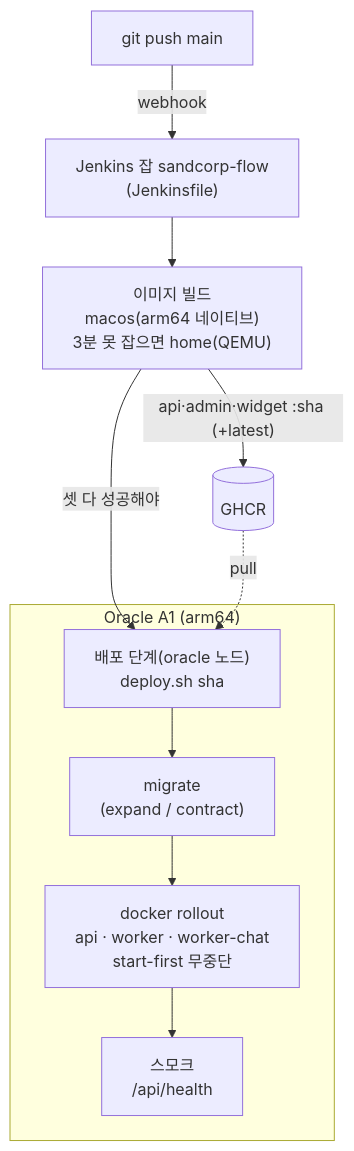
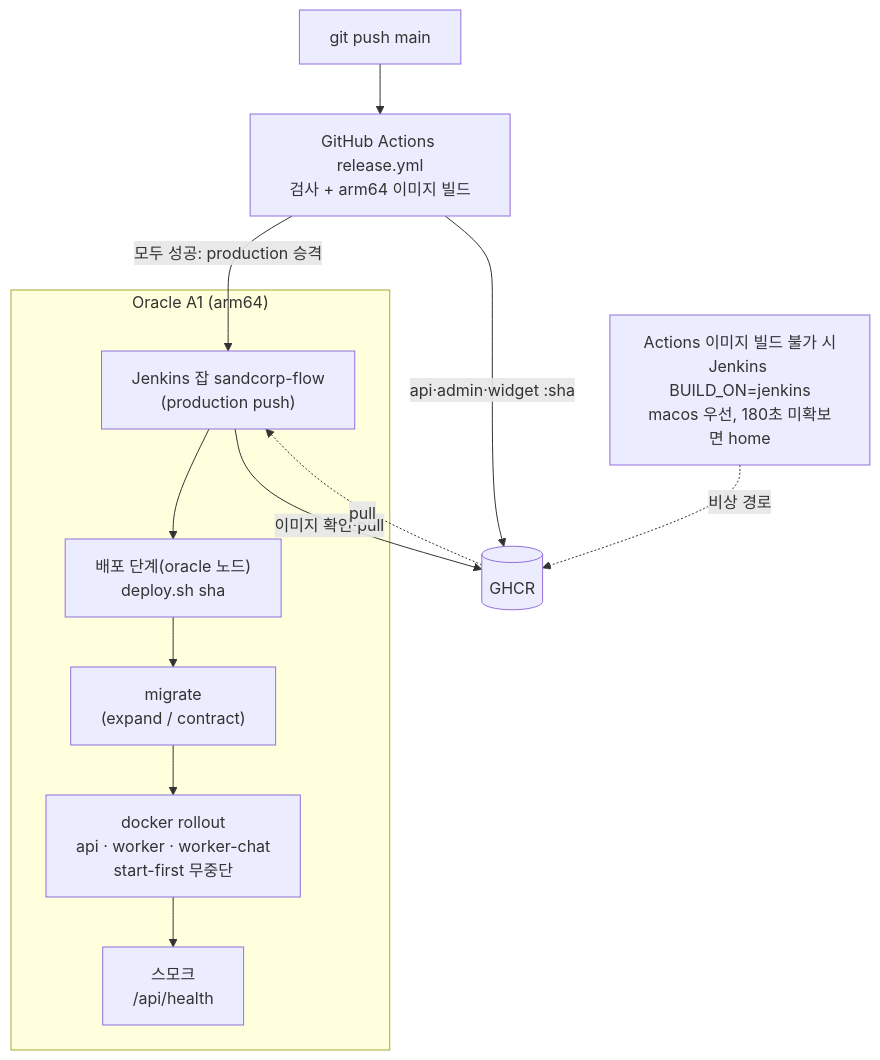
One commit to sandcorporation/sandcorp-flow changed the fourth of 4 diagrams in docs/architecture.md. Above: the diagram before and after it, drawn with Mermaid. The commit also changed other lines of this file and 1 other file, not shown here.

Commit message:
docs: clarify macos Jenkins fallback usage

````diff
--- a/docs/architecture.md
+++ b/docs/architecture.md
@@ -144,15 +142,16 @@
 ```mermaid
 flowchart TB
-  push["git push main"] -->|webhook| job["Jenkins 잡 sandcorp-flow<br/>(Jenkinsfile)"]
-  job --> build["이미지 빌드<br/>macos(arm64 네이티브)<br/>3분 못 잡으면 home(QEMU)"]
-  build -->|"api·admin·widget :sha (+latest)"| ghcr[("GHCR")]
-  build -->|"셋 다 성공해야"| jenkins
+  push["git push main"] --> release["GitHub Actions release.yml<br/>검사 + arm64 이미지 빌드"]
+  release -->|"모두 성공: production 승격"| jenkins["Jenkins 잡 sandcorp-flow<br/>(production push)"]
+  release -->|"api·admin·widget :sha"| ghcr[("GHCR")]
+  jenkins -->|"이미지 확인·pull"| ghcr
 
   subgraph a1["Oracle A1 (arm64)"]
-    jenkins["배포 단계(oracle 노드)<br/>deploy.sh sha"]
-    jenkins --> migrate["migrate<br/>(expand / contract)"]
+    jenkins --> deploy["배포 단계(oracle 노드)<br/>deploy.sh sha"]
+    deploy --> migrate["migrate<br/>(expand / contract)"]
     migrate --> rollout["docker rollout<br/>api · worker · worker-chat<br/>start-first 무중단"]
     rollout --> smoke["스모크<br/>/api/health"]
   end
   ghcr -. pull .-> jenkins
+  emergency["Actions 이미지 빌드 불가 시<br/>Jenkins BUILD_ON=jenkins<br/>macos 우선, 180초 미확보면 home"] -. 비상 경로 .-> ghcr
 ```
````
